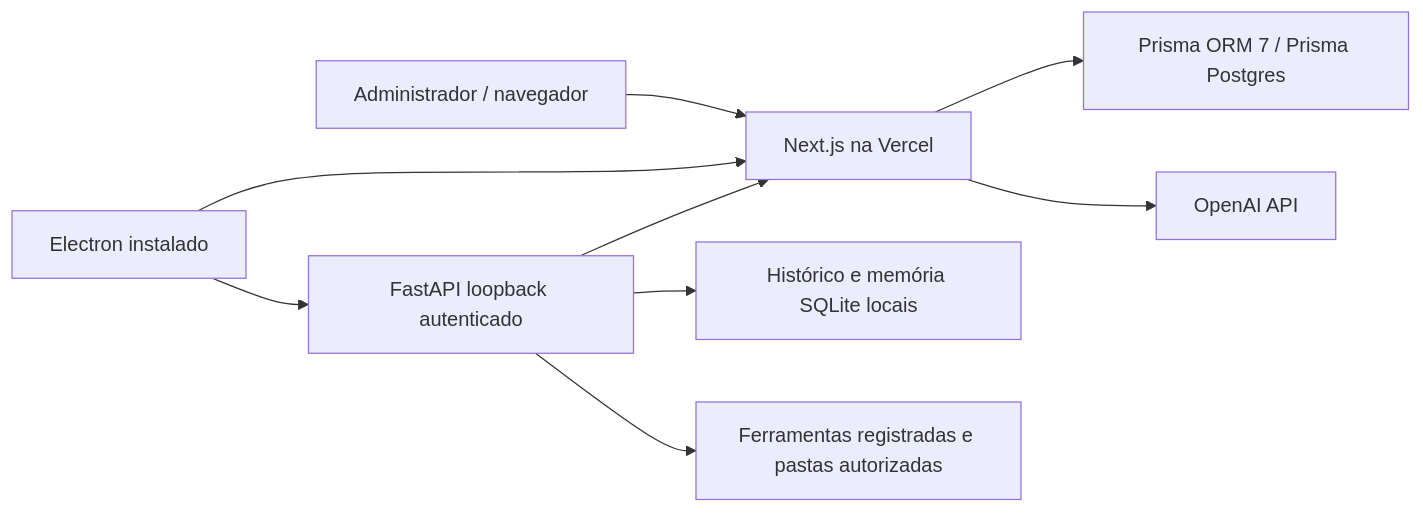
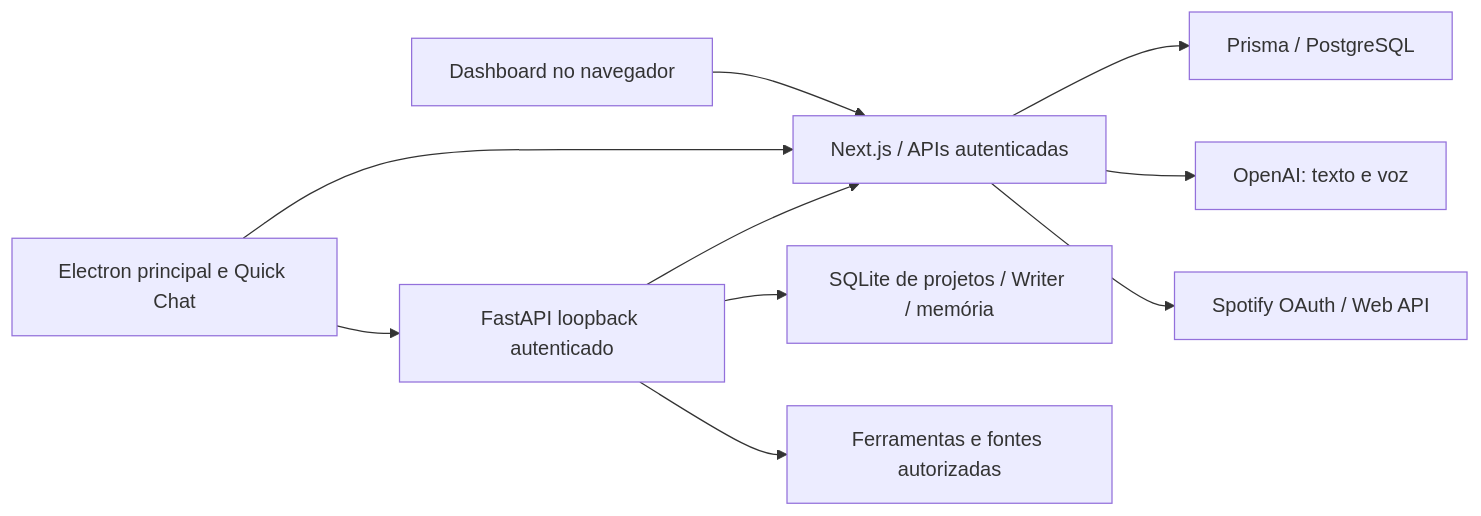
One commit to rodrigojr09/Cyro-IA changed the diagram in docs/ARCHITECTURE.md. Above: the diagram before and after it, drawn with Mermaid. The commit also changed other lines of this file and 46 other files, not shown here.

````diff
--- a/docs/ARCHITECTURE.md
+++ b/docs/ARCHITECTURE.md
@@ -3,11 +3,12 @@
 ```mermaid
 flowchart LR
-  Admin[Administrador / navegador] --> Cloud[Next.js na Vercel]
-  Employee[Electron instalado] --> Cloud
-  Cloud --> Prisma[Prisma ORM 7 / Prisma Postgres]
-  Cloud --> OpenAI[OpenAI API]
-  Employee --> Local[FastAPI loopback autenticado]
-  Local --> SQLite[Histórico e memória SQLite locais]
-  Local --> Tools[Ferramentas registradas e pastas autorizadas]
+  Dashboard[Dashboard no navegador] --> Cloud[Next.js / APIs autenticadas]
+  Desktop[Electron principal e Quick Chat] --> Cloud
+  Desktop --> Local[FastAPI loopback autenticado]
+  Local --> Projects[SQLite de projetos / Writer / memória]
+  Local --> Tools[Ferramentas e fontes autorizadas]
   Local --> Cloud
+  Cloud --> Postgres[Prisma / PostgreSQL]
+  Cloud --> OpenAI[OpenAI: texto e voz]
+  Cloud --> Spotify[Spotify OAuth / Web API]
 ```
````
